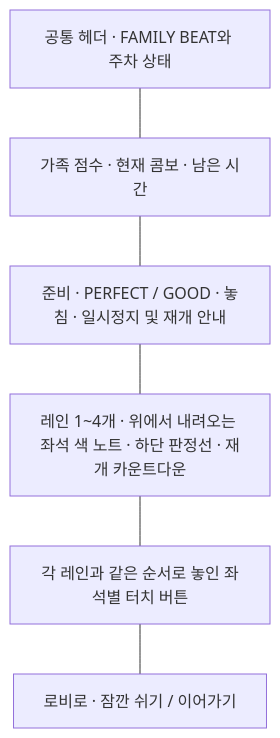
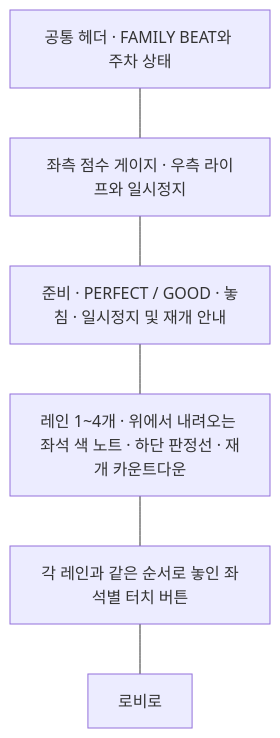
Before and after one commit to Cocoa7-55a/Beat-rider: the second of 3 diagrams in docs/project-status.md, drawn with Mermaid. The commit also changed other lines of this file and 9 other files, not shown here.

````diff
--- a/docs/project-status.md
+++ b/docs/project-status.md
@@ -68,10 +68,10 @@
 ```mermaid
 flowchart TB
     Header["공통 헤더 · FAMILY BEAT와 주차 상태"]
-    HUD["가족 점수 · 현재 콤보 · 남은 시간"]
+    HUD["좌측 점수 게이지 · 우측 라이프와 일시정지"]
     Feedback["준비 · PERFECT / GOOD · 놓침 · 일시정지 및 재개 안내"]
     Canvas["레인 1~4개 · 위에서 내려오는 좌석 색 노트 · 하단 판정선 · 재개 카운트다운"]
     Touch["각 레인과 같은 순서로 놓인 좌석별 터치 버튼"]
-    Controls["로비로 · 잠깐 쉬기 / 이어가기"]
+    Controls["로비로"]
     Header --- HUD --- Feedback --- Canvas --- Touch --- Controls
 ```
````
